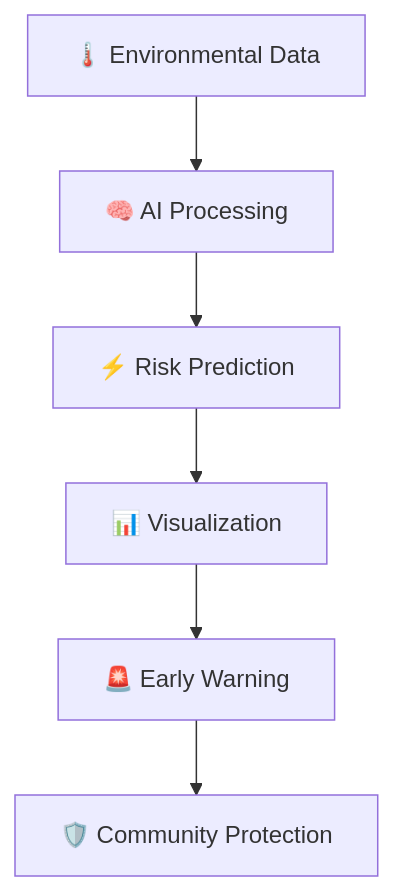
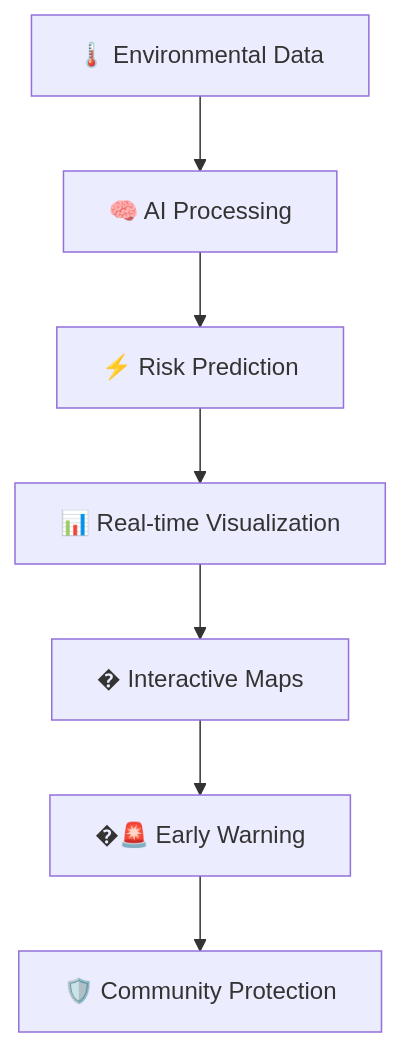
One commit to SatyamPandey-07/WILDFIRE_PREDICTION changed the first of 3 diagrams in README.md. Above: the diagram before and after it, drawn with Mermaid. The commit also changed other lines of this file and 4 other files, not shown here.

````diff
--- a/README.md
+++ b/README.md
@@ -75,8 +77,9 @@
 ```mermaid
 graph TD
     A[🌡️ Environmental Data] --> B[🧠 AI Processing]
     B --> C[⚡ Risk Prediction]
-    C --> D[📊 Visualization]
-    D --> E[🚨 Early Warning]
-    E --> F[🛡️ Community Protection]
+    C --> D[📊 Real-time Visualization]
+    D --> E[�️ Interactive Maps]
+    E --> F[�🚨 Early Warning]
+    F --> G[🛡️ Community Protection]
 ```
````
